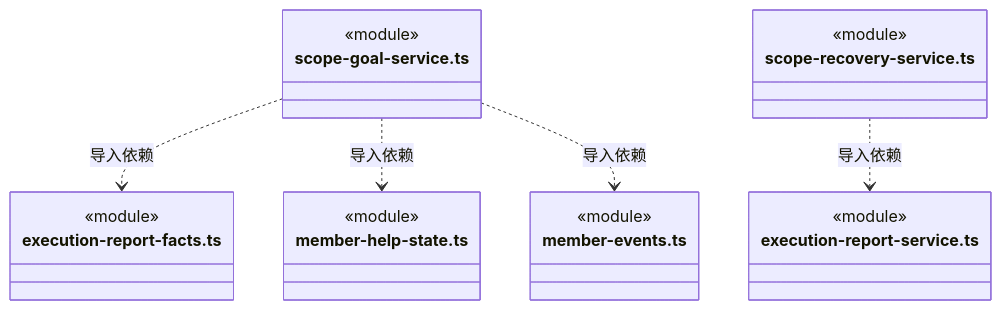
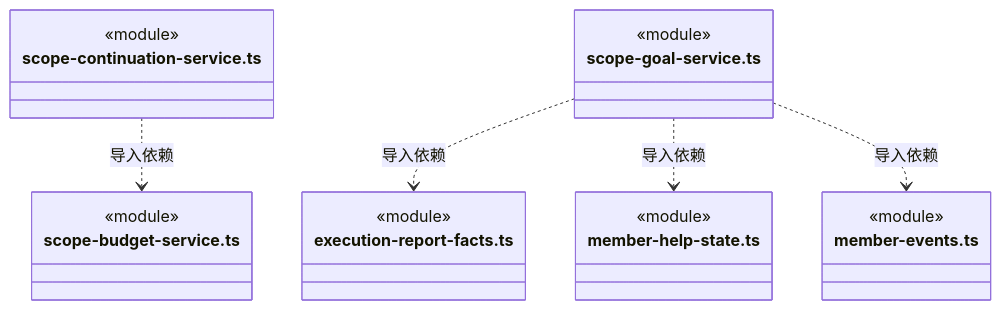
Diagram 51 of 56 in src/backend/scheduler-engine/execution/ARCHITECTURE.md (nan023062/cbim), drawn with Mermaid before and after one commit. The commit also changed other lines of this file and 85 other files, not shown here.

````diff
--- a/src/backend/scheduler-engine/execution/ARCHITECTURE.md
+++ b/src/backend/scheduler-engine/execution/ARCHITECTURE.md
@@ -1275,25 +1352,25 @@
 ```mermaid
 classDiagram
+class N_src_backend_scheduler_engine_execution_scope_continuation_service_ts["scope-continuation-service.ts"] {
+  <<module>>
+}
+class N_src_backend_scheduler_engine_execution_scope_budget_service_ts["scope-budget-service.ts"] {
+  <<module>>
+}
 class N_src_backend_scheduler_engine_execution_scope_goal_service_ts["scope-goal-service.ts"] {
   <<module>>
 }
 class N_src_backend_scheduler_engine_execution_execution_report_facts_ts["execution-report-facts.ts"] {
   <<module>>
 }
 class N_src_backend_scheduler_engine_execution_member_help_state_ts["member-help-state.ts"] {
   <<module>>
 }
 class N_src_backend_scheduler_engine_execution_member_events_ts["member-events.ts"] {
   <<module>>
 }
-class N_src_backend_scheduler_engine_execution_scope_recovery_service_ts["scope-recovery-service.ts"] {
-  <<module>>
-}
-class N_src_backend_scheduler_engine_execution_execution_report_service_ts["execution-report-service.ts"] {
-  <<module>>
-}
+N_src_backend_scheduler_engine_execution_scope_continuation_service_ts ..> N_src_backend_scheduler_engine_execution_scope_budget_service_ts : 导入依赖
 N_src_backend_scheduler_engine_execution_scope_goal_service_ts ..> N_src_backend_scheduler_engine_execution_execution_report_facts_ts : 导入依赖
 N_src_backend_scheduler_engine_execution_scope_goal_service_ts ..> N_src_backend_scheduler_engine_execution_member_help_state_ts : 导入依赖
 N_src_backend_scheduler_engine_execution_scope_goal_service_ts ..> N_src_backend_scheduler_engine_execution_member_events_ts : 导入依赖
-N_src_backend_scheduler_engine_execution_scope_recovery_service_ts ..> N_src_backend_scheduler_engine_execution_execution_report_service_ts : 导入依赖
 ```
````
